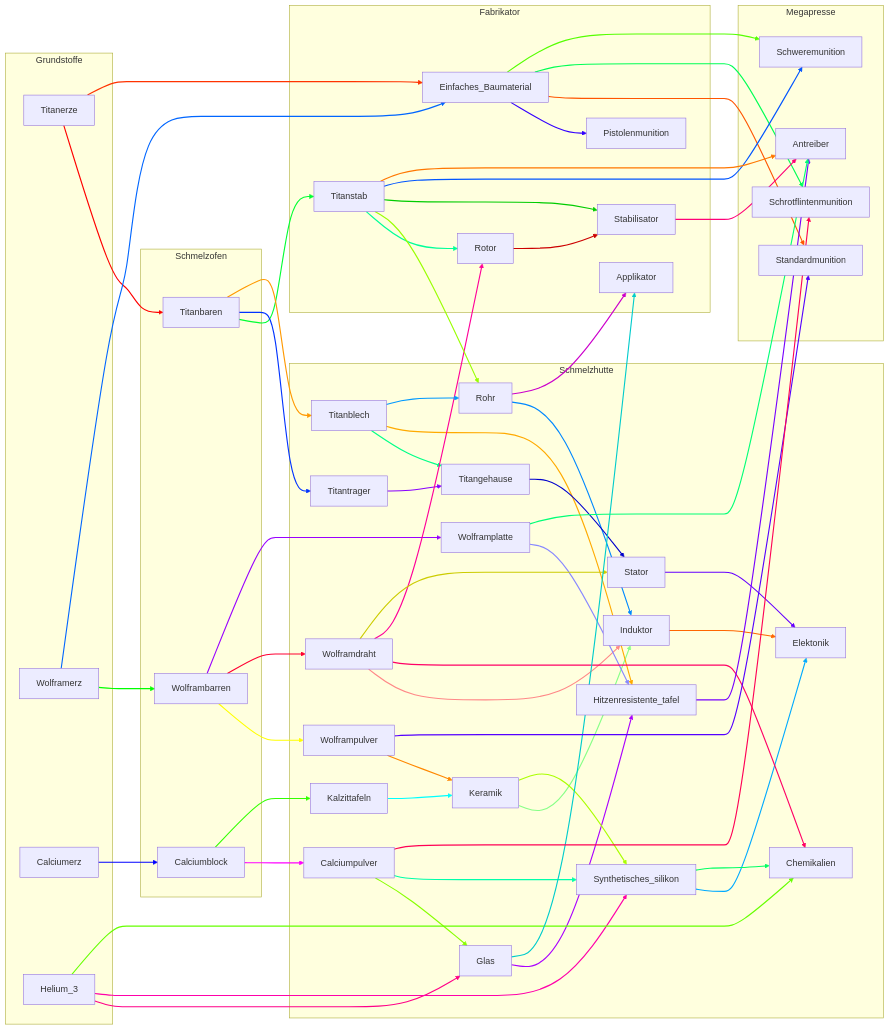
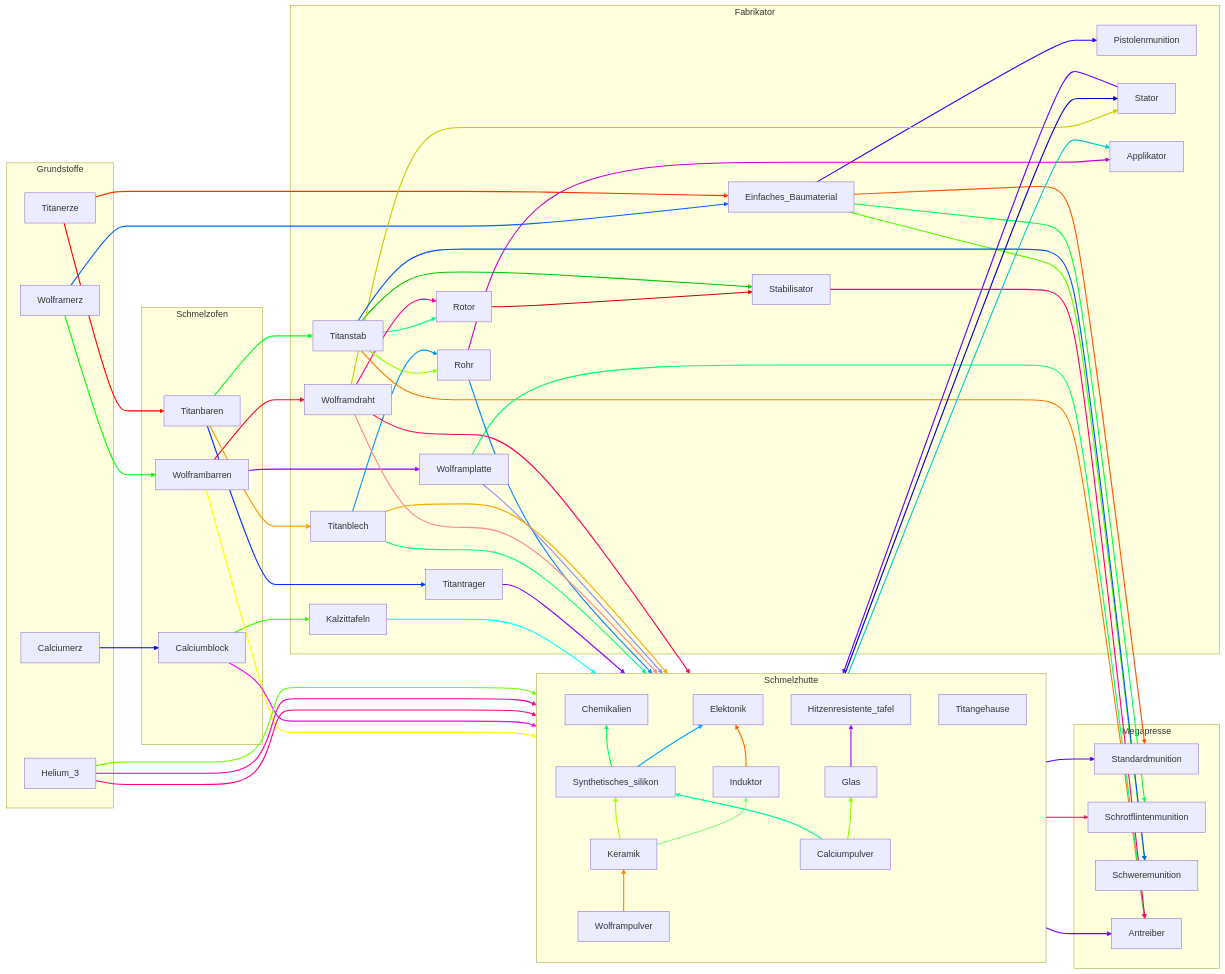
One commit to andrevdl/StarRuptere changed the diagram in tree.md. Above: the diagram before and after it, drawn with Mermaid.

Commit message:
set bloks at corect pos

```diff
--- a/tree.md
+++ b/tree.md
@@ -11,6 +11,41 @@
         Calciumerz;
         Helium_3;
     end
+    subgraph Fabrikator
+        Einfaches_Baumaterial;
+        Pistolenmunition;
+        Titanstab;
+        Wolframdraht;
+        Kalzittafeln;
+        Titantrager;
+        Titanblech;
+        Wolframplatte;
+        Rotor;
+        Rohr;
+        Stabilisator;
+        Stator;
+        Applikator;
+    end
+    subgraph Schmelzhutte
+        direction BT
+        Wolframpulver;
+        Calciumpulver;
+        Keramik
+        Titangehause;
+        Glas
+        Induktor;
+        Hitzenresistente_tafel;
+        Synthetisches_silikon;
+        Elektonik;
+        Chemikalien;
+    end
+    subgraph Megapresse
+        Standardmunition;
+        Schrotflintenmunition;
+        Schweremunition;
+        Antreiber;
+    end
+
     subgraph Schmelzofen
         Titanerze--> Titanbaren;
         Wolframerz-->Wolframbarren;
```
